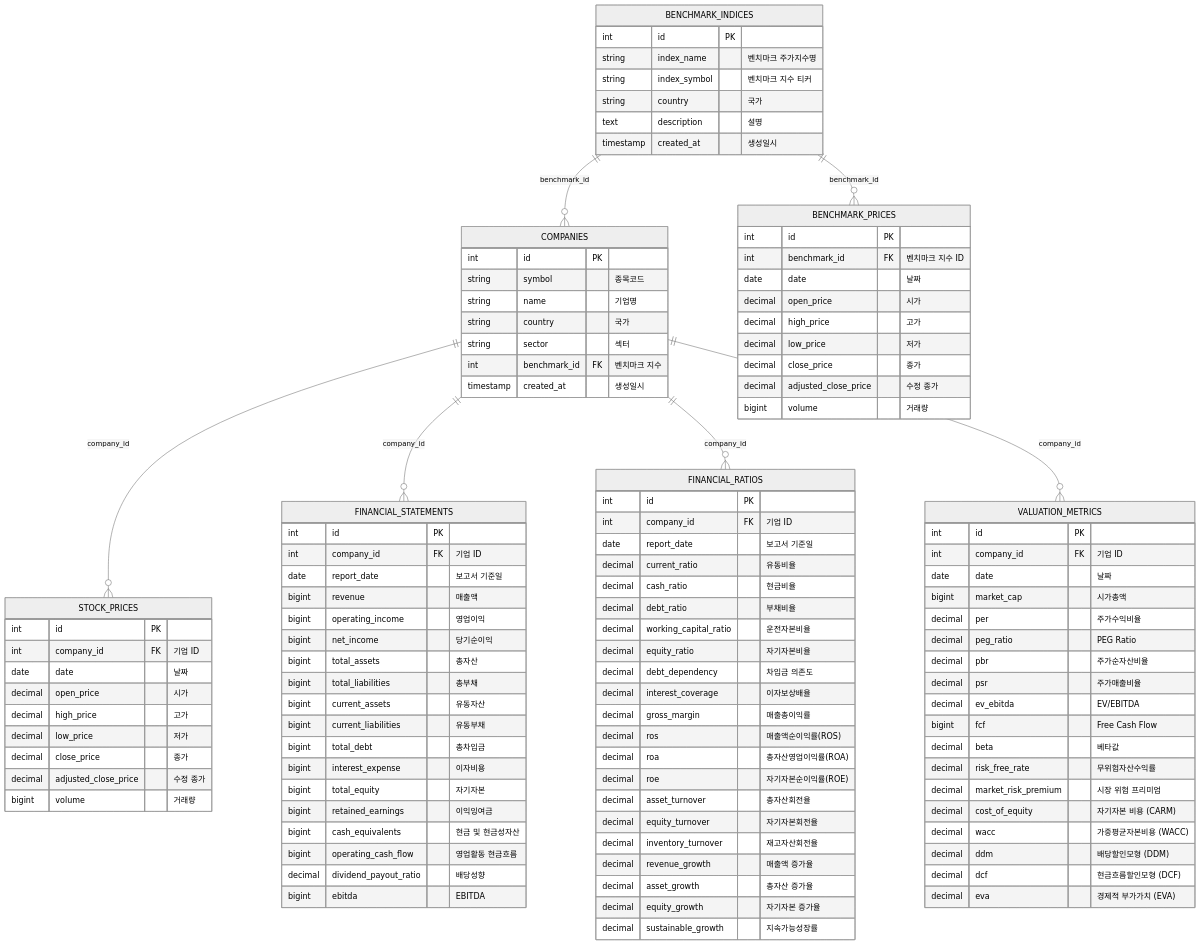
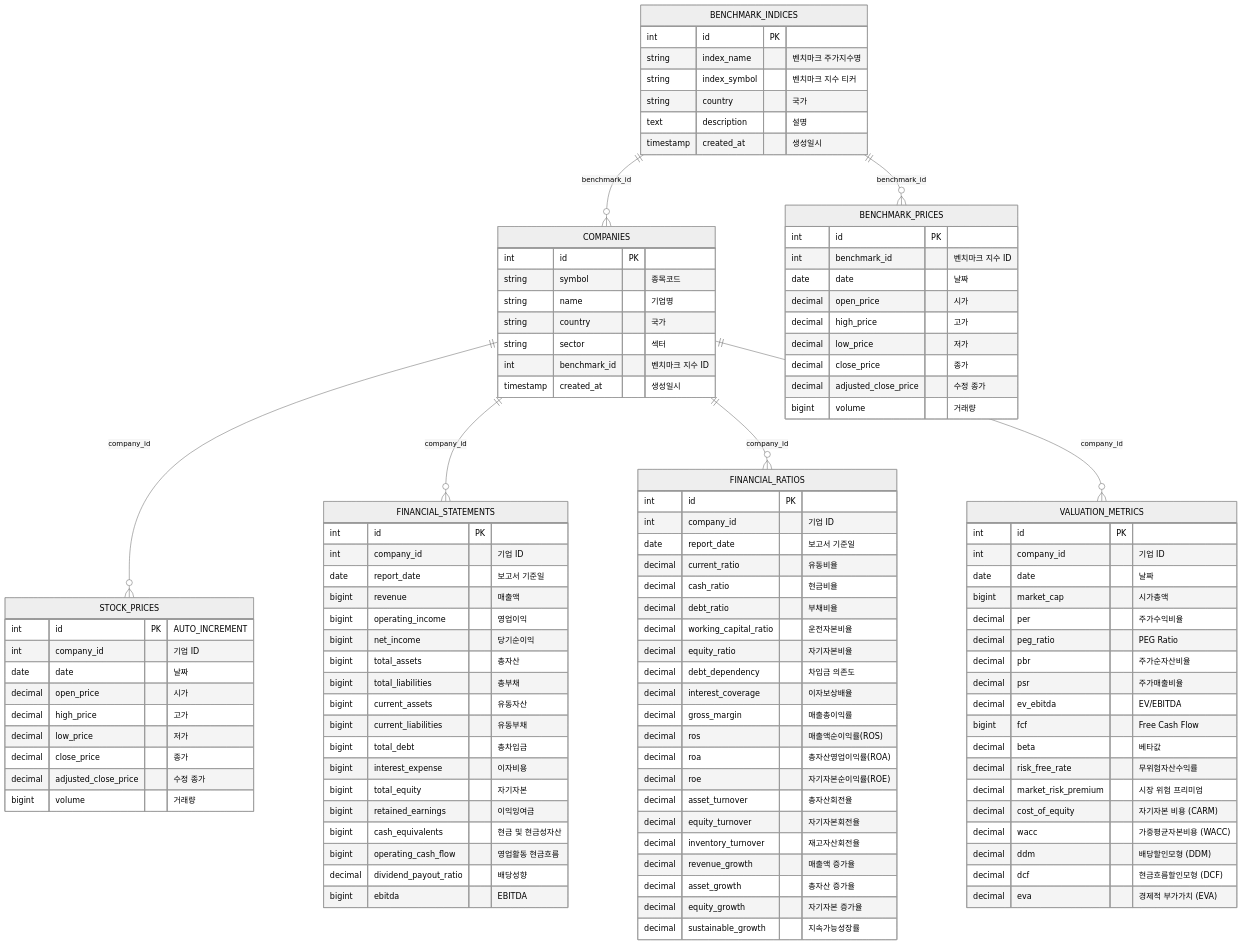
Before and after one commit to Donggyu-Kim1/stock_data: the diagram in README.md, drawn with Mermaid (neutral theme). The commit also changed other lines of this file and 4 other files, not shown here.

```diff
--- a/README.md
+++ b/README.md
@@ -150,13 +150,13 @@
         string name "기업명"
         string country "국가"
         string sector "섹터"
-        int benchmark_id FK "벤치마크 지수"
+        int benchmark_id "벤치마크 지수 ID"
         timestamp created_at "생성일시"
     }
     
     STOCK_PRICES {
-        int id PK
-        int company_id FK "기업 ID"
+        int id PK "AUTO_INCREMENT"
+        int company_id "기업 ID"
         date date "날짜"
         decimal open_price "시가"
         decimal high_price "고가"
@@ -168,7 +168,7 @@
 
     FINANCIAL_STATEMENTS {
         int id PK
-        int company_id FK "기업 ID"
+        int company_id "기업 ID"
         date report_date "보고서 기준일"
         bigint revenue "매출액"
         bigint operating_income "영업이익"
@@ -189,7 +189,7 @@
 
     FINANCIAL_RATIOS {
         int id PK
-        int company_id FK "기업 ID"
+        int company_id "기업 ID"
         date report_date "보고서 기준일"
         decimal current_ratio "유동비율"
         decimal cash_ratio "현금비율"
@@ -213,7 +213,7 @@
 
     VALUATION_METRICS {
         int id PK
-        int company_id FK "기업 ID"
+        int company_id "기업 ID"
         date date "날짜"
         bigint market_cap "시가총액"
         decimal per "주가수익비율"
@@ -243,7 +243,7 @@
 
     BENCHMARK_PRICES {
         int id PK
-        int benchmark_id FK "벤치마크 지수 ID"
+        int benchmark_id "벤치마크 지수 ID"
         date date "날짜"
         decimal open_price "시가"
         decimal high_price "고가"
```
